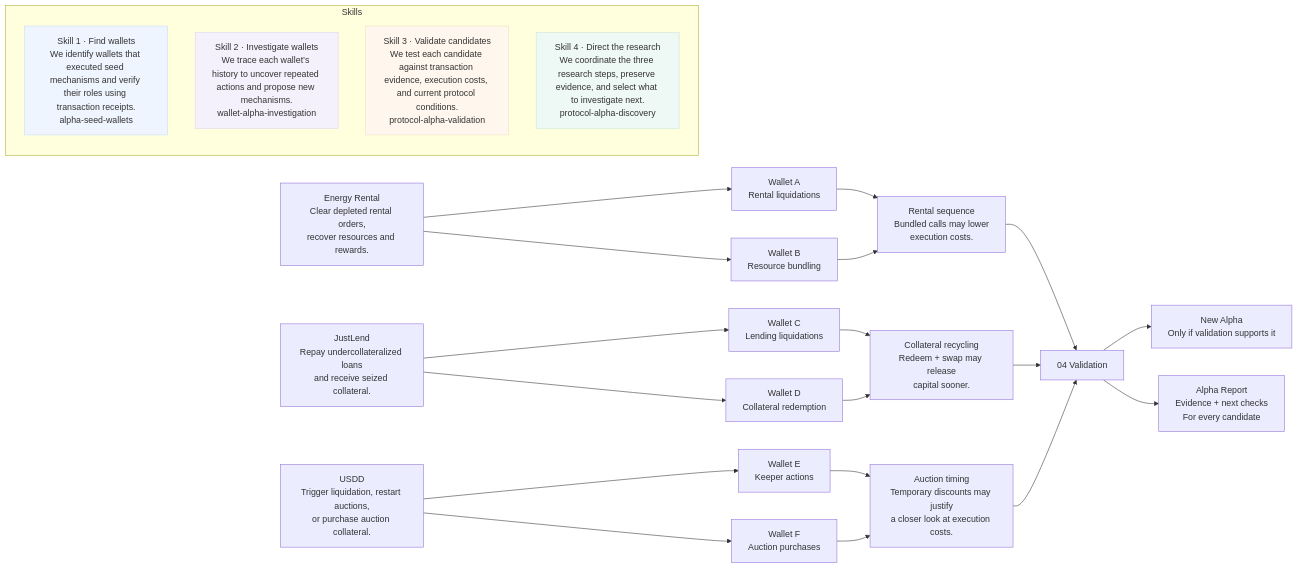
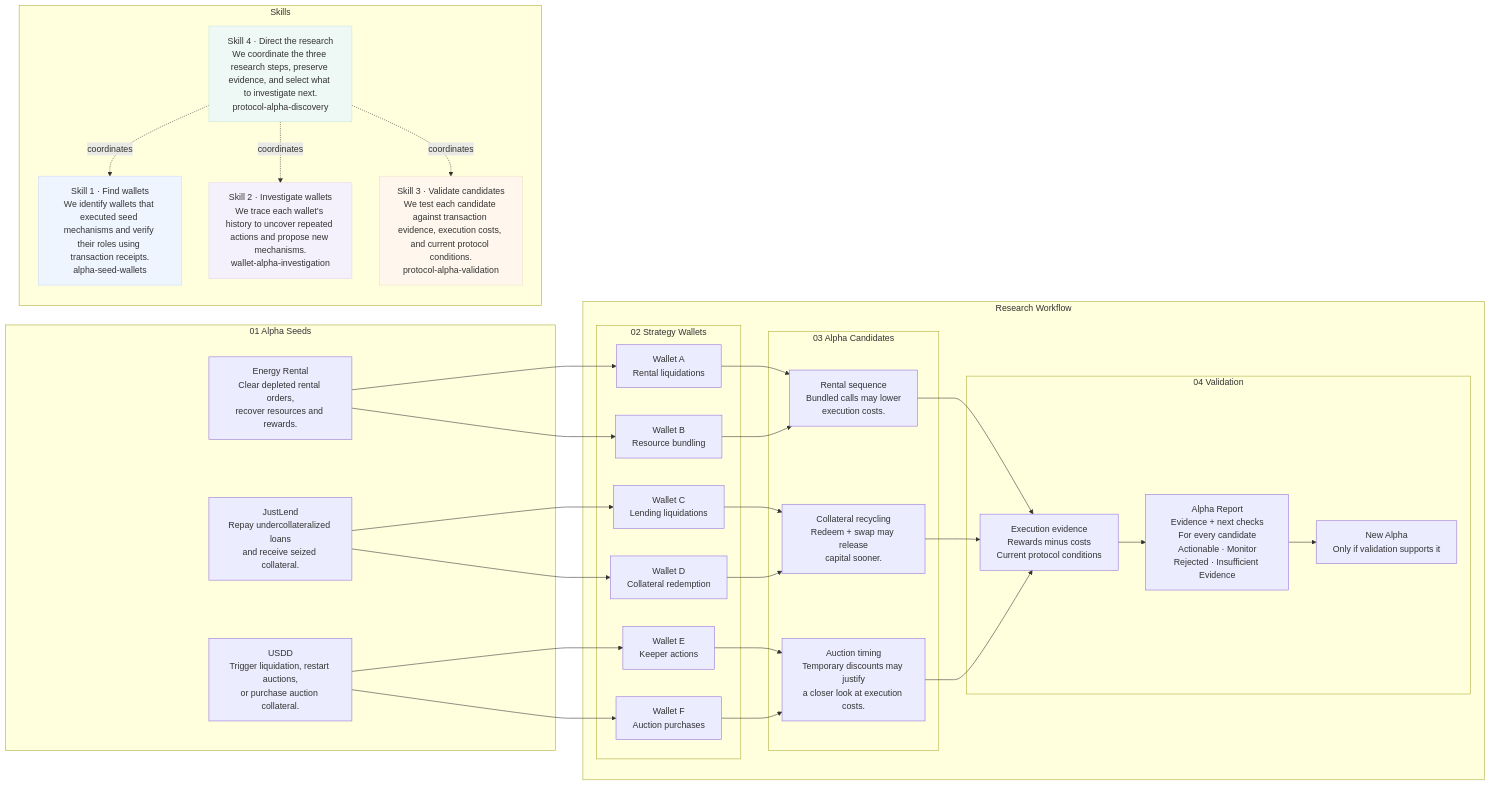
One commit to qinyh10300/protocol-alpha-finder changed the diagram in docs/diagrams/system-architecture-en.mmd. Above: the diagram before and after it, drawn with Mermaid. The commit also changed 15 other files, not shown here.

Commit message:
docs: use nested research diagrams with explicit control and evidence paths

```diff
--- a/docs/diagrams/system-architecture-en.mmd
+++ b/docs/diagrams/system-architecture-en.mmd
@@ -1,44 +1,57 @@
-%% Skill labels belong below the flow in the SVG illustration.
+%% Solid lines show evidence/results; dashed lines show Skill coordination.
 flowchart LR
-    SEED0["Energy Rental<br/>Clear depleted rental orders,<br/>recover resources and rewards."]
-    SEED1["JustLend<br/>Repay undercollateralized loans<br/>and receive seized collateral."]
-    SEED2["USDD<br/>Trigger liquidation, restart auctions,<br/>or purchase auction collateral."]
-    WALLET0["Wallet A<br/>Rental liquidations"]
-    WALLET1["Wallet B<br/>Resource bundling"]
-    WALLET2["Wallet C<br/>Lending liquidations"]
-    WALLET3["Wallet D<br/>Collateral redemption"]
-    WALLET4["Wallet E<br/>Keeper actions"]
-    WALLET5["Wallet F<br/>Auction purchases"]
-    CANDIDATE0["Rental sequence<br/>Bundled calls may lower<br/>execution costs."]
-    CANDIDATE1["Collateral recycling<br/>Redeem + swap may release<br/>capital sooner."]
-    CANDIDATE2["Auction timing<br/>Temporary discounts may justify<br/>a closer look at execution costs."]
+    subgraph SEEDS["01  Alpha Seeds"]
+        SEED0["Energy Rental<br/>Clear depleted rental orders,<br/>recover resources and rewards."]
+        SEED1["JustLend<br/>Repay undercollateralized loans<br/>and receive seized collateral."]
+        SEED2["USDD<br/>Trigger liquidation, restart auctions,<br/>or purchase auction collateral."]
+    end
+    subgraph RESEARCH["Research Workflow"]
+    subgraph WALLETS["02  Strategy Wallets"]
+        WALLET0["Wallet A<br/>Rental liquidations"]
+        WALLET1["Wallet B<br/>Resource bundling"]
+        WALLET2["Wallet C<br/>Lending liquidations"]
+        WALLET3["Wallet D<br/>Collateral redemption"]
+        WALLET4["Wallet E<br/>Keeper actions"]
+        WALLET5["Wallet F<br/>Auction purchases"]
+    end
+    subgraph CANDIDATES["03  Alpha Candidates"]
+        CANDIDATE0["Rental sequence<br/>Bundled calls may lower<br/>execution costs."]
+        CANDIDATE1["Collateral recycling<br/>Redeem + swap may release<br/>capital sooner."]
+        CANDIDATE2["Auction timing<br/>Temporary discounts may justify<br/>a closer look at execution costs."]
+    end
+    subgraph VALIDATE["04  Validation"]
+    VALIDATION["Execution evidence<br/>Rewards minus costs<br/>Current protocol conditions"]
+    NEW["New Alpha<br/>Only if validation supports it"]
+    REPORT["Alpha Report<br/>Evidence + next checks<br/>For every candidate<br/>Actionable · Monitor<br/>Rejected · Insufficient Evidence"]
+    VALIDATION --> REPORT
+    REPORT --> NEW
+    end
+    end
     SEED0 --> WALLET0
     WALLET0 --> CANDIDATE0
     SEED0 --> WALLET1
     WALLET1 --> CANDIDATE0
     CANDIDATE0 --> VALIDATION
     SEED1 --> WALLET2
     WALLET2 --> CANDIDATE1
     SEED1 --> WALLET3
     WALLET3 --> CANDIDATE1
     CANDIDATE1 --> VALIDATION
     SEED2 --> WALLET4
     WALLET4 --> CANDIDATE2
     SEED2 --> WALLET5
     WALLET5 --> CANDIDATE2
     CANDIDATE2 --> VALIDATION
-    VALIDATION["04  Validation"]
-    NEW["New Alpha<br/>Only if validation supports it"]
-    REPORT["Alpha Report<br/>Evidence + next checks<br/>For every candidate"]
-    VALIDATION --> NEW
-    VALIDATION --> REPORT
     subgraph SKILLS["Skills"]
         S0["Skill 1 · Find wallets<br/>We identify wallets that executed seed mechanisms and verify their roles using transaction receipts.<br/>alpha-seed-wallets"]
         S1["Skill 2 · Investigate wallets<br/>We trace each wallet’s history to uncover repeated actions and propose new mechanisms.<br/>wallet-alpha-investigation"]
         S2["Skill 3 · Validate candidates<br/>We test each candidate against transaction evidence, execution costs, and current protocol conditions.<br/>protocol-alpha-validation"]
         S3["Skill 4 · Direct the research<br/>We coordinate the three research steps, preserve evidence, and select what to investigate next.<br/>protocol-alpha-discovery"]
     end
+    S3 -. coordinates .-> S0
+    S3 -. coordinates .-> S1
+    S3 -. coordinates .-> S2
     style S0 fill:#eff5ff,stroke:#c8daf8
     style S1 fill:#f5f1fc,stroke:#ded2f2
     style S2 fill:#fff7ed,stroke:#f1dcc2
     style S3 fill:#eef8f4,stroke:#c9e5d9
```
